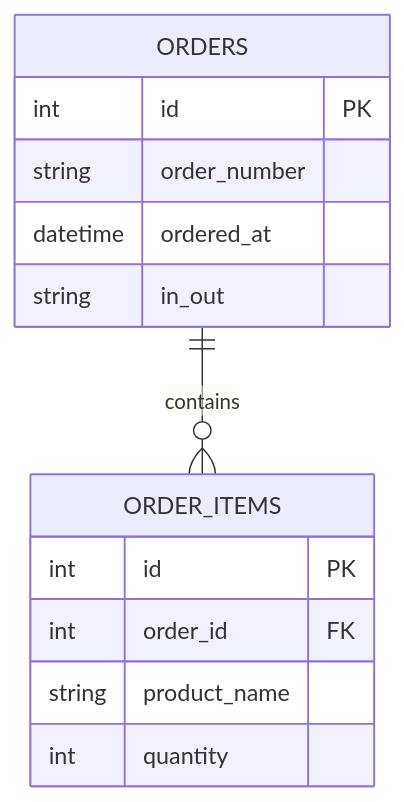
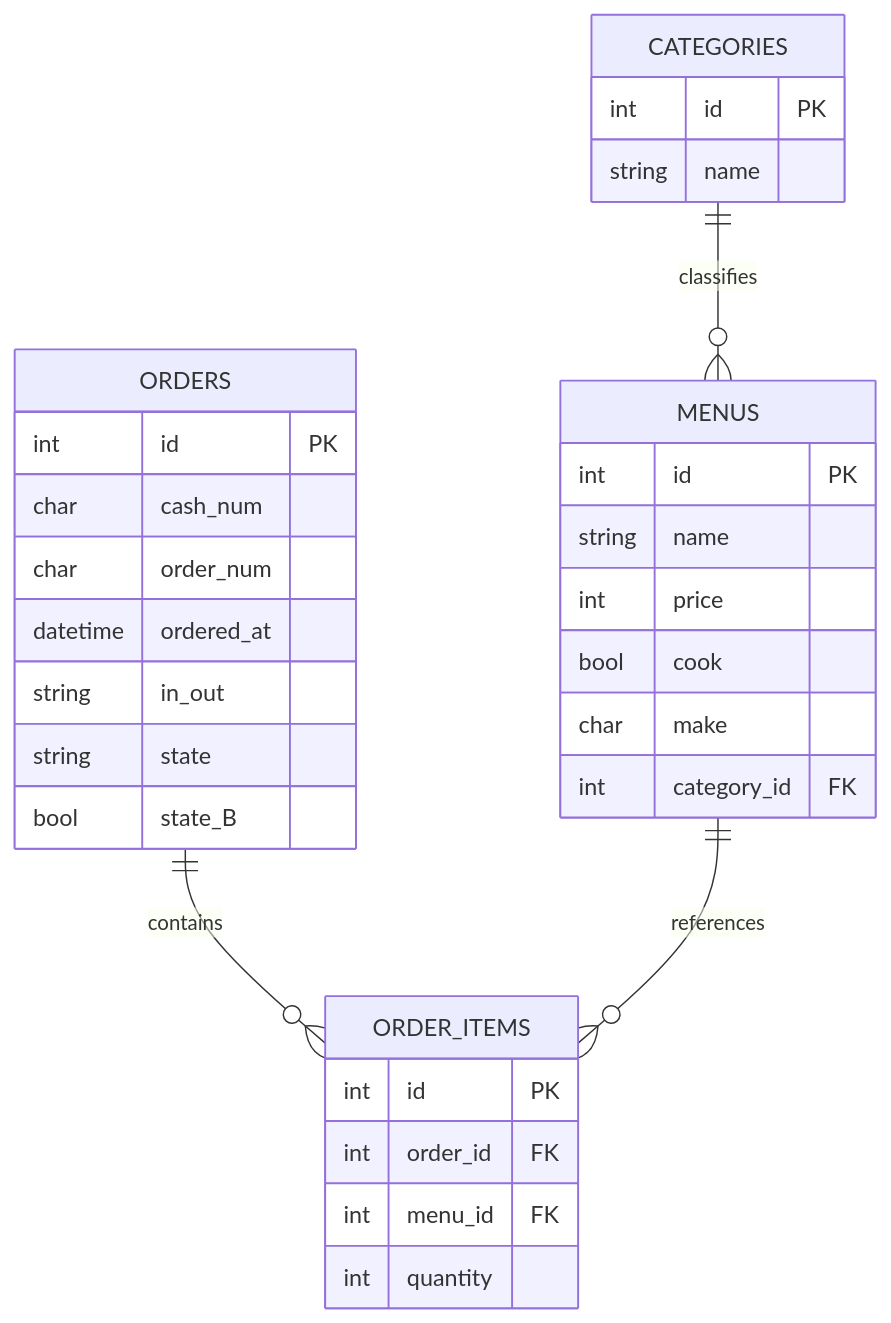
One commit to shuta1123/donburipos changed the diagram in SPEC.md. Above: the diagram before and after it, drawn with Mermaid. The commit also changed other lines of this file and 1 other file, not shown here.

````diff
--- a/SPEC.md
+++ b/SPEC.md
@@ -22,18 +24,37 @@
 ```mermaid
 erDiagram
     ORDERS ||--o{ ORDER_ITEMS : contains
+    MENUS ||--o{ ORDER_ITEMS : references
+    CATEGORIES ||--o{ MENUS : classifies
 
     ORDERS {
         int id PK
-        string order_number
+        char cash_num
+        char order_num
         datetime ordered_at
         string in_out
+        string state
+        bool state_B
     }
 
     ORDER_ITEMS {
         int id PK
         int order_id FK
-        string product_name
+        int menu_id FK
         int quantity
     }
+
+    MENUS {
+        int id PK
+        string name
+        int price
+        bool cook
+        char make
+        int category_id FK
+    }
+
+    CATEGORIES {
+        int id PK
+        string name
+    }
 ```
````
